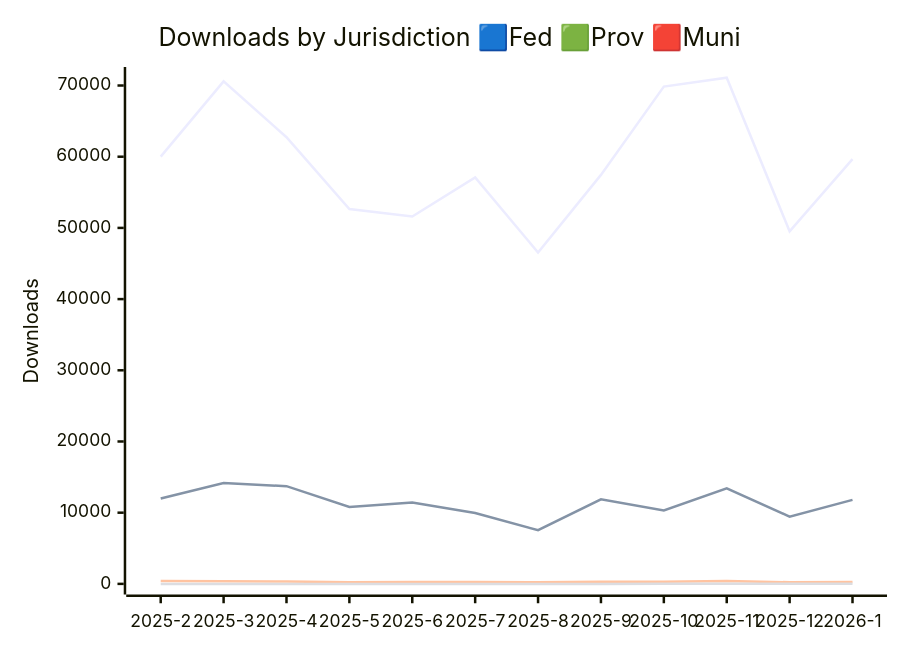
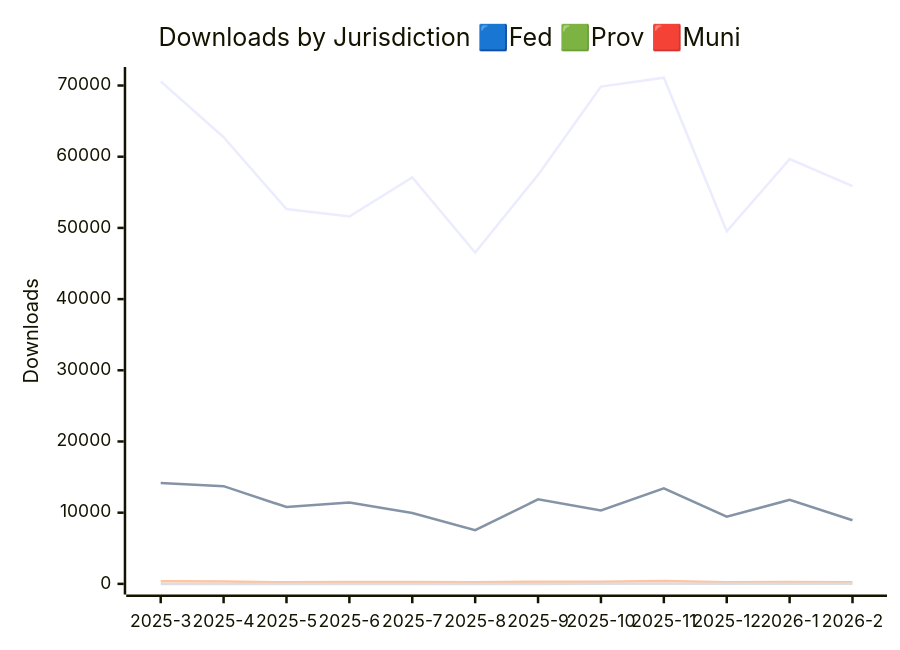
The first of 3 diagrams in JURISDICTION_ANALYTICS_REPORT/readme.md (open-data/analytics-corporate-reporting), drawn with Mermaid before and after one commit. The commit also changed other lines of this file and 3 other files, not shown here.

````diff
--- a/JURISDICTION_ANALYTICS_REPORT/readme.md
+++ b/JURISDICTION_ANALYTICS_REPORT/readme.md
@@ -13,11 +13,11 @@
 ```mermaid
 
 xychart-beta
     title "Downloads by Jurisdiction 🟦Fed 🟩Prov 🟥Muni"
-    x-axis [2025-2, 2025-3, 2025-4, 2025-5, 2025-6, 2025-7, 2025-8, 2025-9, 2025-10, 2025-11, 2025-12, 2026-1]
+    x-axis [2025-3, 2025-4, 2025-5, 2025-6, 2025-7, 2025-8, 2025-9, 2025-10, 2025-11, 2025-12, 2026-1, 2026-2]
     y-axis "Downloads" 0 --> 71108
-    line [60018, 70585, 62741, 52642, 51605, 57103, 46542, 57445, 69847, 71098, 49521, 59667]
-    line [11998, 14171, 13725, 10790, 11439, 9958, 7539, 11877, 10325, 13423, 9443, 11800]
-    line [390, 356, 325, 212, 271, 279, 234, 305, 313, 420, 224, 270]
-    line [0, 0, 0, 0, 0, 0, 0, 0, 3, 2, 17, 6]
+    line [70585, 62741, 52642, 51605, 57103, 46542, 57445, 69847, 71098, 49521, 59667, 55871]
+    line [14171, 13725, 10790, 11439, 9958, 7539, 11877, 10325, 13423, 9443, 11800, 8940]
+    line [356, 325, 212, 271, 279, 234, 305, 313, 420, 224, 270, 228]
+    line [0, 0, 0, 0, 0, 0, 0, 3, 2, 17, 6, 2]
 ```
````
